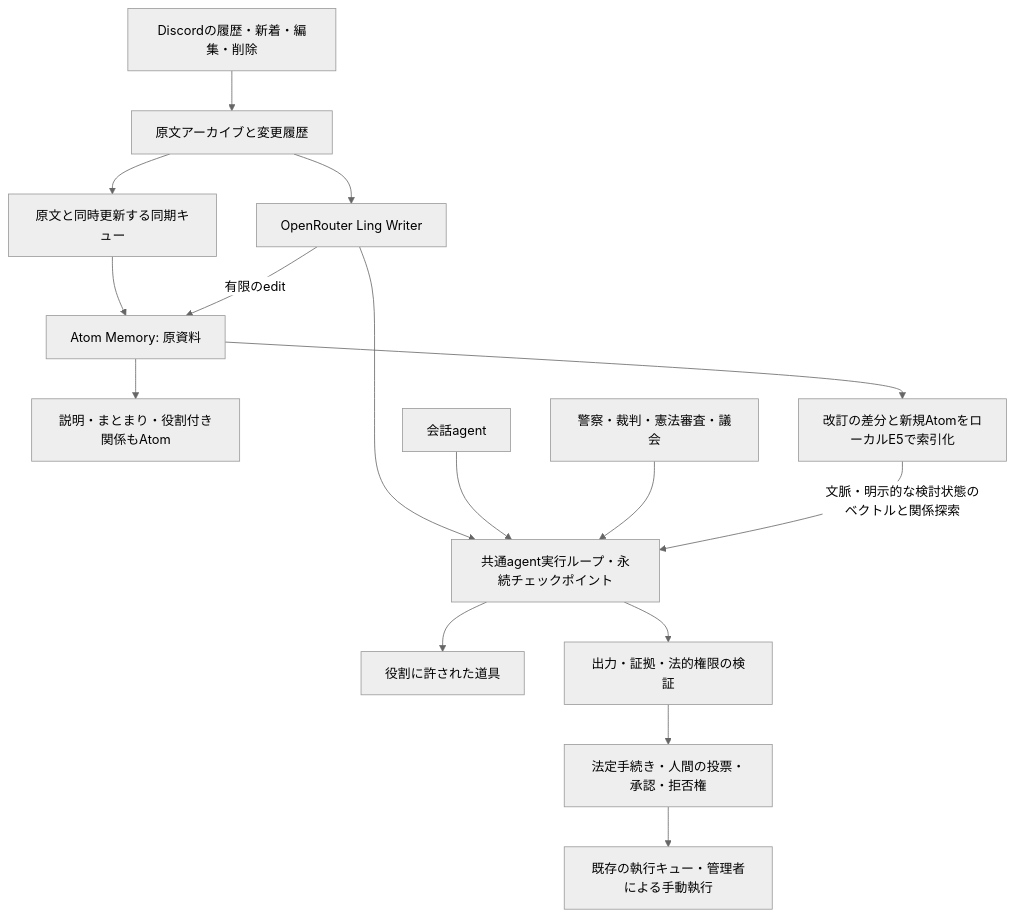
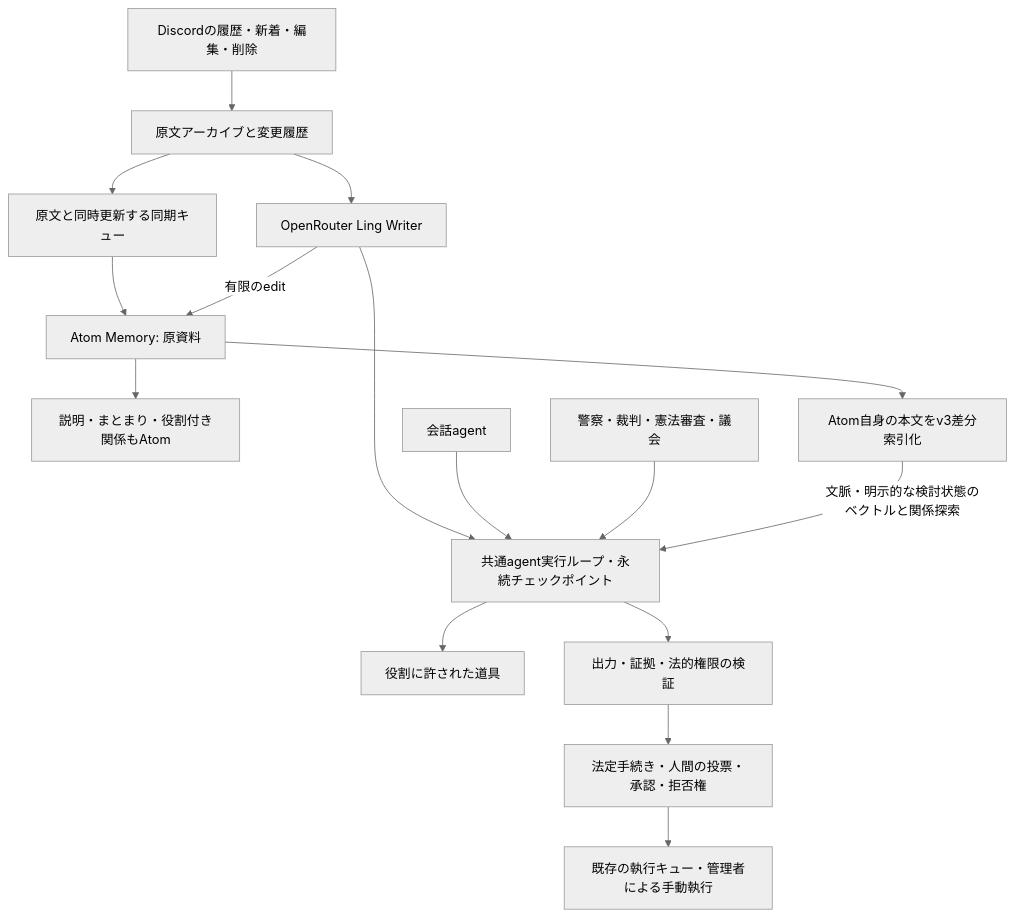
One commit to tako0614/sakana changed the diagram in docs/agent-architecture.md. Above: the diagram before and after it, drawn with Mermaid (neutral theme). The commit also changed other lines of this file and 58 other files, not shown here.

````diff
--- a/docs/agent-architecture.md
+++ b/docs/agent-architecture.md
@@ -5,18 +5,18 @@
 ```mermaid
 flowchart TD
   Discord[Discordの履歴・新着・編集・削除] --> Archive[原文アーカイブと変更履歴]
   Archive --> Queue[原文と同時更新する同期キュー]
   Queue --> Atom[Atom Memory: 原資料]
   Archive --> Writer[OpenRouter Ling Writer]
   Writer --> Runtime
   Writer -->|有限のedit| Atom
   Atom --> Meaning[説明・まとまり・役割付き関係もAtom]
   Chat[会話agent] --> Runtime[共通agent実行ループ・永続チェックポイント]
   Institutions[警察・裁判・憲法審査・議会] --> Runtime
-  Atom --> Index[改訂の差分と新規AtomをローカルE5で索引化]
+  Atom --> Index[Atom自身の本文をv3差分索引化]
   Index -->|文脈・明示的な検討状態のベクトルと関係探索| Runtime
   Runtime --> Tools[役割に許された道具]
   Runtime --> Validate[出力・証拠・法的権限の検証]
   Validate --> Workflow[法定手続き・人間の投票・承認・拒否権]
   Workflow --> Effects[既存の執行キュー・管理者による手動執行]
 ```
````
